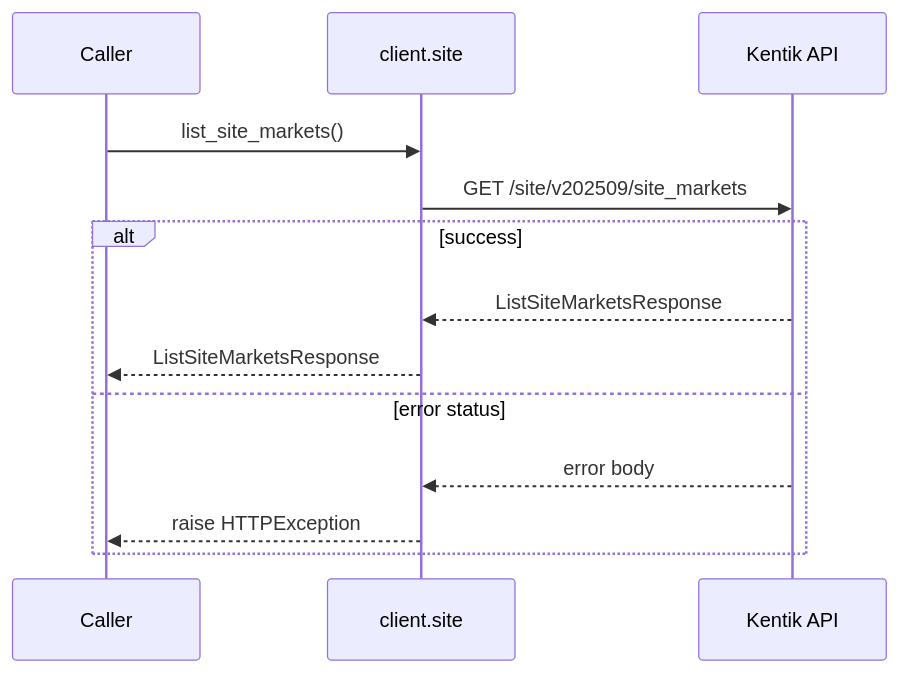
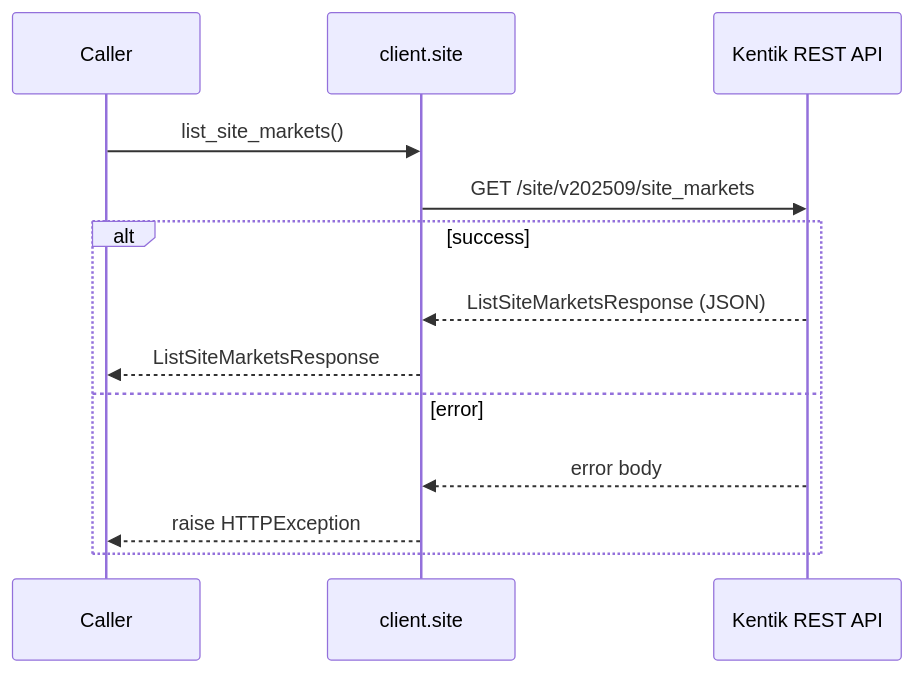
The second of 22 diagrams in docs/sphinx/services/site.md (alexdearaujo/community_sdk_python), drawn with Mermaid before and after one commit. The commit also changed other lines of this file and 61 other files, not shown here.

````diff
--- a/docs/sphinx/services/site.md
+++ b/docs/sphinx/services/site.md
@@ -33,16 +35,16 @@
 ```mermaid
 sequenceDiagram
     participant C as Caller
     participant W as client.site
-    participant API as Kentik API
+    participant API as Kentik REST API
 
     C->>W: list_site_markets()
     W->>API: GET /site/v202509/site_markets
     alt success
-        API-->>W: ListSiteMarketsResponse
+        API-->>W: ListSiteMarketsResponse (JSON)
         W-->>C: ListSiteMarketsResponse
-    else error status
+    else error
         API-->>W: error body
         W-->>C: raise HTTPException
     end
 ```
````
